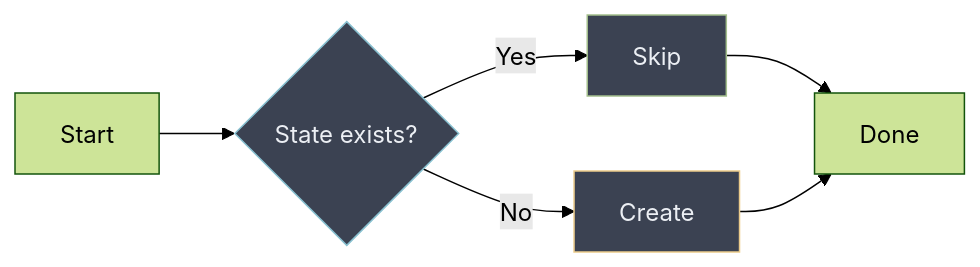
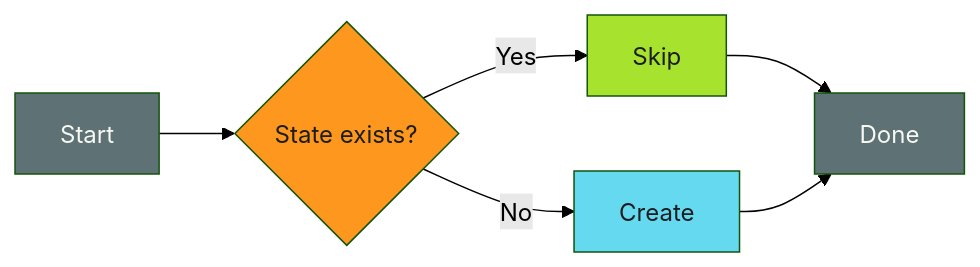
Before and after one commit to adaptive-enforcement-lab/adaptive-enforcement-lab-com: the first of 2 diagrams in docs/operator-manual/engineering-patterns/idempotency/patterns/check-before-act.md, drawn with Mermaid (forest theme). The commit also changed other lines of this file and 5 other files, not shown here.

First line of the commit message:
Apply Ghostty Hardcore theme to all mermaid charts

````diff
--- a/docs/operator-manual/engineering-patterns/idempotency/patterns/check-before-act.md
+++ b/docs/operator-manual/engineering-patterns/idempotency/patterns/check-before-act.md
@@ -26,12 +26,14 @@
 ```mermaid
 flowchart LR
     A[Start] --> B{State exists?}
     B -->|Yes| C[Skip]
     B -->|No| D[Create]
     C --> E[Done]
     D --> E
 
-    style B fill:#3b4252,stroke:#88c0d0,color:#eceff4
-    style C fill:#3b4252,stroke:#a3be8c,color:#eceff4
-    style D fill:#3b4252,stroke:#ebcb8b,color:#eceff4
+    style A fill:#5e7175,color:#f8f8f3
+    style B fill:#fd971e,color:#1b1d1e
+    style C fill:#a7e22e,color:#1b1d1e
+    style D fill:#65d9ef,color:#1b1d1e
+    style E fill:#5e7175,color:#f8f8f3
 ```
````
